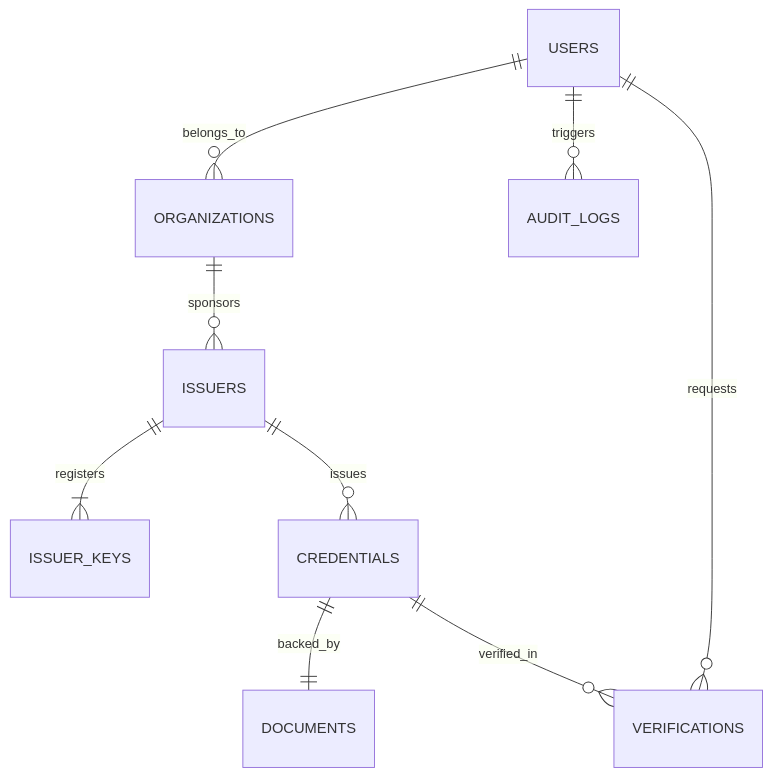
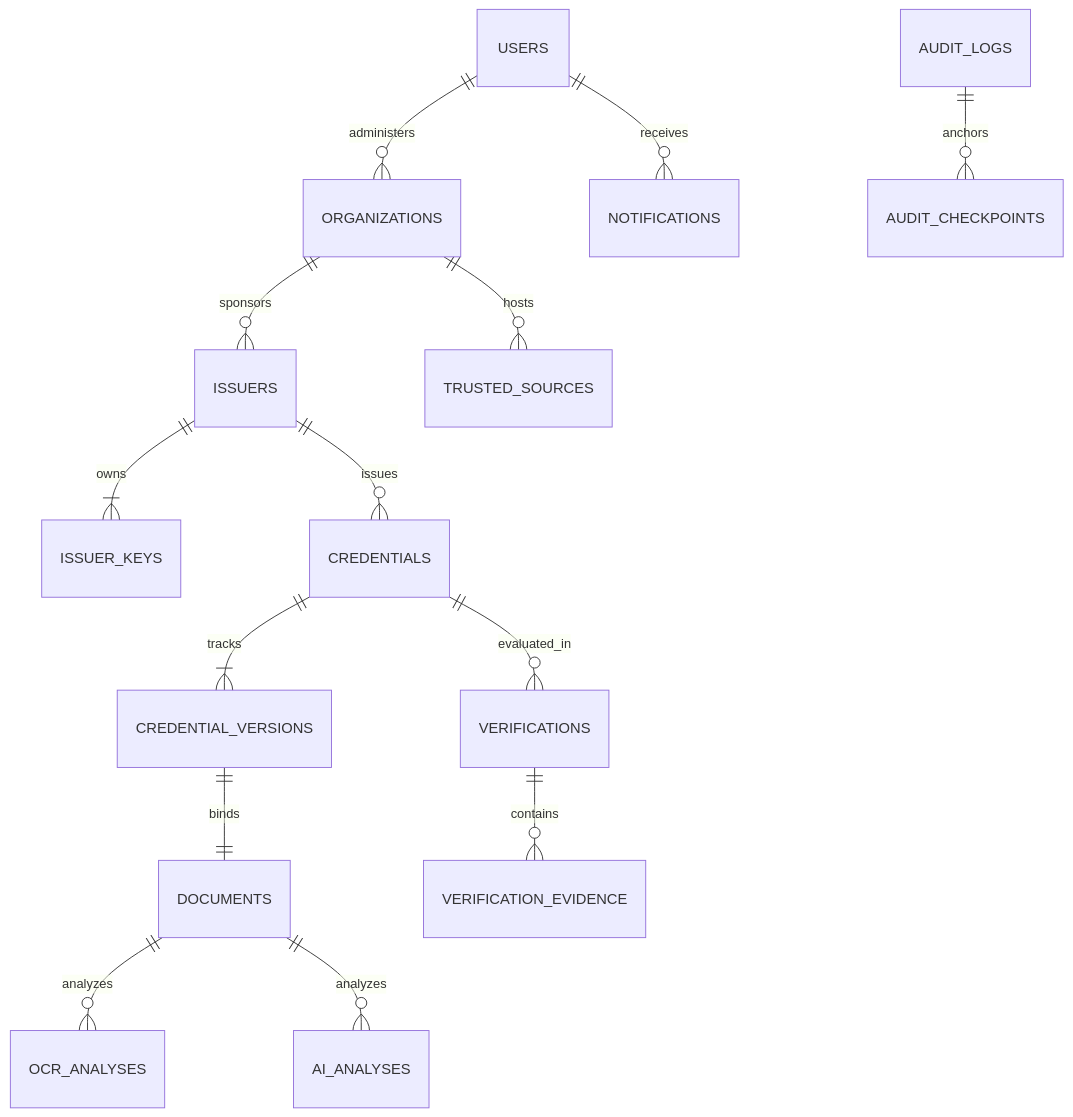
Before and after one commit to Akshay-22112005/SecureWork_verify_2.0: the diagram in docs/DATABASE.md, drawn with Mermaid. The commit also changed other lines of this file and 15 other files, not shown here.

````diff
--- a/docs/DATABASE.md
+++ b/docs/DATABASE.md
@@ -11,11 +11,16 @@
 ```mermaid
 erDiagram
-    USERS ||--o{ ORGANIZATIONS : belongs_to
+    USERS ||--o{ ORGANIZATIONS : administers
     ORGANIZATIONS ||--o{ ISSUERS : sponsors
-    ISSUERS ||--|{ ISSUER_KEYS : registers
+    ORGANIZATIONS ||--o{ TRUSTED_SOURCES : hosts
+    ISSUERS ||--|{ ISSUER_KEYS : owns
     ISSUERS ||--o{ CREDENTIALS : issues
-    CREDENTIALS ||--|| DOCUMENTS : backed_by
-    CREDENTIALS ||--o{ VERIFICATIONS : verified_in
-    USERS ||--o{ VERIFICATIONS : requests
-    USERS ||--o{ AUDIT_LOGS : triggers
+    CREDENTIALS ||--|{ CREDENTIAL_VERSIONS : tracks
+    CREDENTIAL_VERSIONS ||--|| DOCUMENTS : binds
+    CREDENTIALS ||--o{ VERIFICATIONS : evaluated_in
+    VERIFICATIONS ||--o{ VERIFICATION_EVIDENCE : contains
+    DOCUMENTS ||--o{ OCR_ANALYSES : analyzes
+    DOCUMENTS ||--o{ AI_ANALYSES : analyzes
+    USERS ||--o{ NOTIFICATIONS : receives
+    AUDIT_LOGS ||--o{ AUDIT_CHECKPOINTS : anchors
 ```
````
